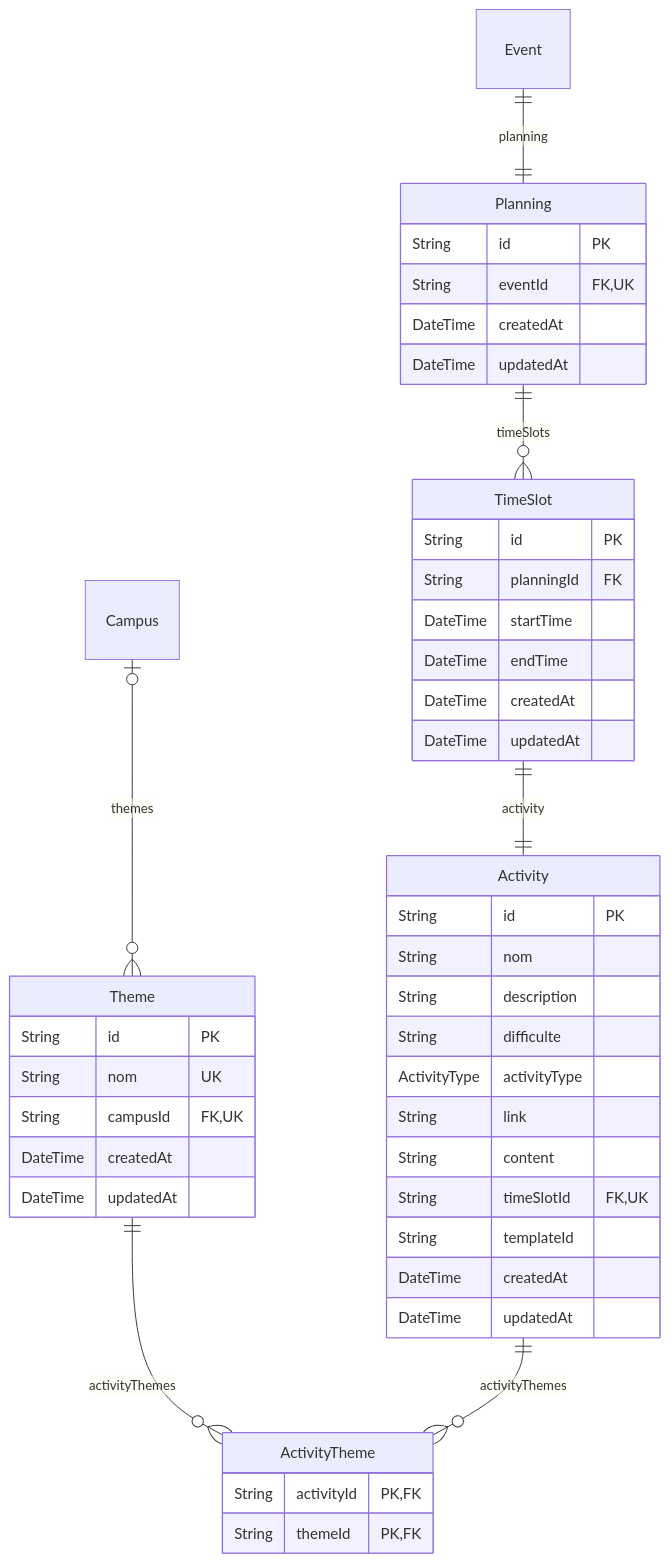
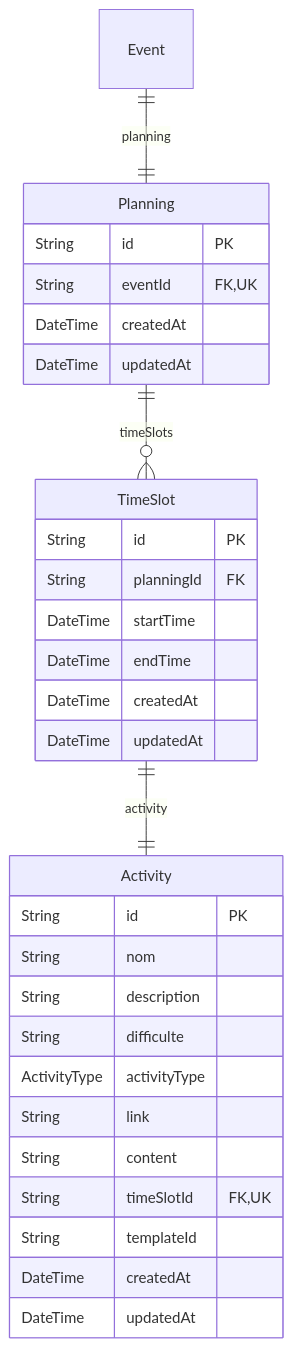
The fourth of 10 diagrams in frontend/docs/database.md (Manta-Epitech-Academy/jump), drawn with Mermaid before and after one commit. The commit also changed other lines of this file and 7 other files, not shown here.

````diff
--- a/frontend/docs/database.md
+++ b/frontend/docs/database.md
@@ -434,51 +430,35 @@
 ```mermaid
 erDiagram
   Planning {
     String id PK
     String eventId FK,UK
     DateTime createdAt
     DateTime updatedAt
   }
   TimeSlot {
     String id PK
     String planningId FK
     DateTime startTime
     DateTime endTime
     DateTime createdAt
     DateTime updatedAt
   }
   Activity {
     String id PK
     String nom
     String description
     String difficulte
     ActivityType activityType
     String link
     String content
     String timeSlotId FK,UK
     String templateId
     DateTime createdAt
     DateTime updatedAt
   }
-  ActivityTheme {
-    String activityId PK,FK
-    String themeId PK,FK
-  }
-  Theme {
-    String id PK
-    String nom UK
-    String campusId FK,UK
-    DateTime createdAt
-    DateTime updatedAt
-  }
-  Campus {
-  }
   Event {
   }
-  Campus |o--o{ Theme : "themes"
-  Theme ||--o{ ActivityTheme : "activityThemes"
   Event ||--|| Planning : "planning"
   Planning ||--o{ TimeSlot : "timeSlots"
   TimeSlot ||--|| Activity : "activity"
-  Activity ||--o{ ActivityTheme : "activityThemes"
 ```
````
